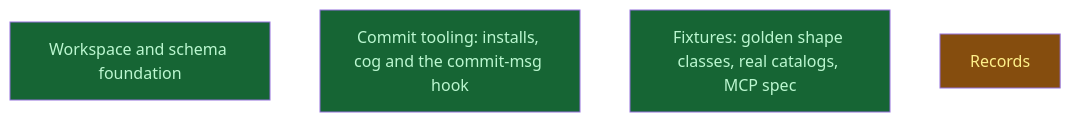
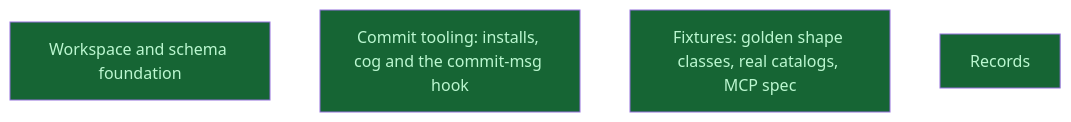
Before and after one commit to CrackingShells/Candler: the diagram in __roadmap__/wire-schemas/README.md, drawn with Mermaid. The commit also changed other lines of this file and 3 other files, not shown here.

First line of the commit message:
rdm(schemas): mark the wire-schemas campaign done

````diff
--- a/__roadmap__/wire-schemas/README.md
+++ b/__roadmap__/wire-schemas/README.md
@@ -43,12 +43,12 @@
 ```mermaid
 graph TD
     workspace[Workspace and schema foundation]:::done
     commit_tooling[Commit tooling: installs, cog and the commit-msg hook]:::done
     fixtures[Fixtures: golden shape classes, real catalogs, MCP spec]:::done
-    records[Records]:::inprogress
+    records[Records]:::done
     classDef done       fill:#166534,color:#bbf7d0
     classDef inprogress fill:#854d0e,color:#fef08a
     classDef planned    fill:#374151,color:#e5e7eb
     classDef amendment  fill:#1e3a5f,color:#bfdbfe
     classDef blocked    fill:#7f1d1d,color:#fecaca
 ```
````
